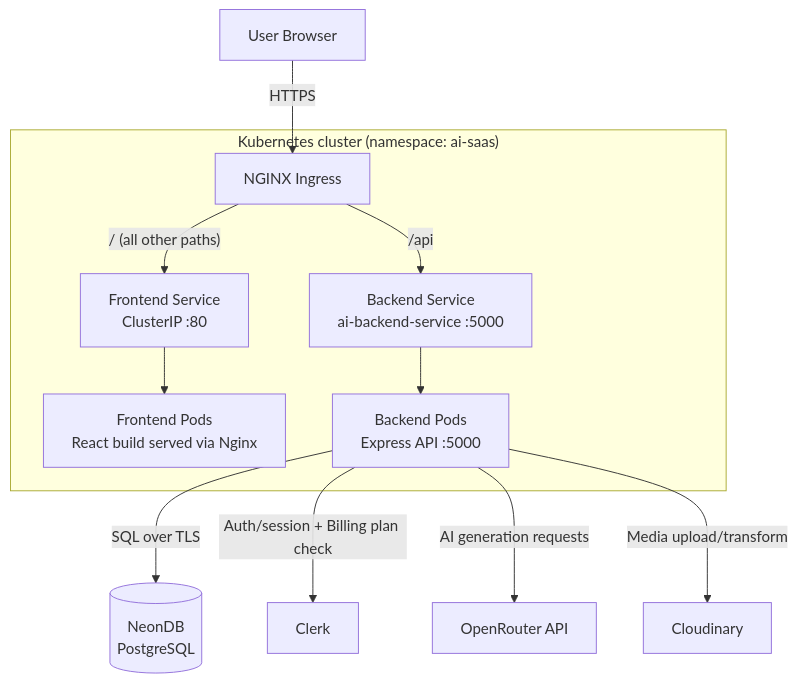
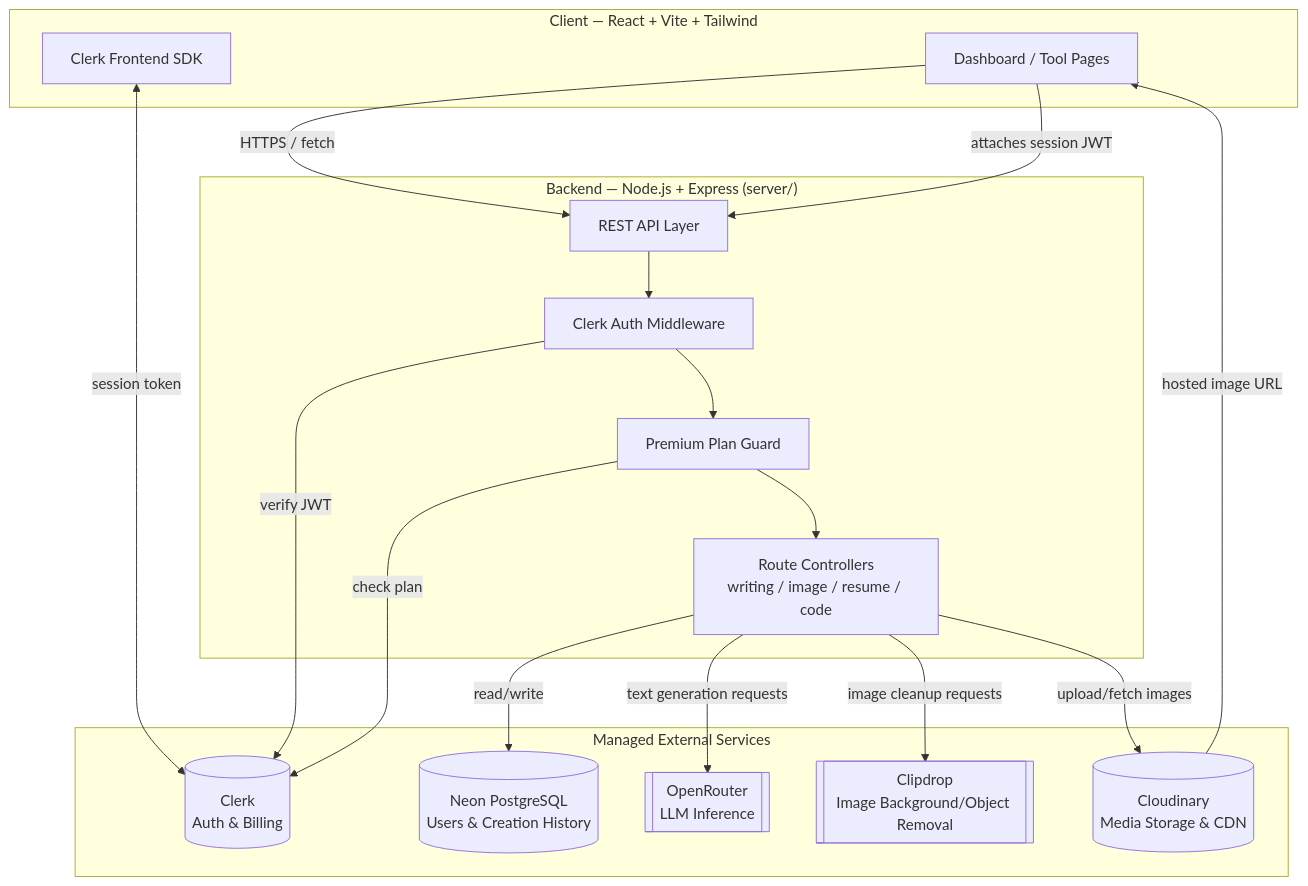
The diagram in README.md (tanmayanand840/ai-saas-platform), drawn with Mermaid before and after one commit. The commit also changed other lines of this file, not shown here.

````diff
--- a/README.md
+++ b/README.md
@@ -74,22 +78,37 @@
 ```mermaid
-flowchart TD
-    U[User Browser] -->|HTTPS| ING[NGINX Ingress]
-    ING -->|"/ (all other paths)"| FS[Frontend Service<br/>ClusterIP :80]
-    ING -->|"/api"| BS[Backend Service<br/>ai-backend-service :5000]
+flowchart TB
+    subgraph Client["Client — React + Vite + Tailwind"]
+        UI[Dashboard / Tool Pages]
+        ClerkFE[Clerk Frontend SDK]
+    end
 
-    FS --> FP[Frontend Pods<br/>React build served via Nginx]
-    BS --> BP[Backend Pods<br/>Express API :5000]
+    subgraph Server["Backend — Node.js + Express (server/)"]
+        API[REST API Layer]
+        AuthMW[Clerk Auth Middleware]
+        PremiumMW[Premium Plan Guard]
+        Ctrl[Route Controllers<br/>writing / image / resume / code]
+    end
 
-    BP -->|SQL over TLS| DB[(NeonDB<br/>PostgreSQL)]
-    BP -->|Auth/session + Billing plan check| CLERK[Clerk]
-    BP -->|AI generation requests| OR[OpenRouter API]
-    BP -->|Media upload/transform| CLOUD[Cloudinary]
+    subgraph External["Managed External Services"]
+        ClerkBE[(Clerk<br/>Auth & Billing)]
+        Neon[(Neon PostgreSQL<br/>Users & Creation History)]
+        OpenRouter[[OpenRouter<br/>LLM Inference]]
+        Clipdrop[[Clipdrop<br/>Image Background/Object Removal]]
+        Cloudinary[(Cloudinary<br/>Media Storage & CDN)]
+    end
 
-    subgraph K8s["Kubernetes cluster (namespace: ai-saas)"]
-        ING
-        FS
-        BS
-        FP
-        BP
-    end
+    UI -->|HTTPS / fetch| API
+    ClerkFE <-->|session token| ClerkBE
+    UI -->|attaches session JWT| API
+
+    API --> AuthMW --> PremiumMW --> Ctrl
+    AuthMW -->|verify JWT| ClerkBE
+    PremiumMW -->|check plan| ClerkBE
+
+    Ctrl -->|read/write| Neon
+    Ctrl -->|text generation requests| OpenRouter
+    Ctrl -->|image cleanup requests| Clipdrop
+    Ctrl -->|upload/fetch images| Cloudinary
+
+    Cloudinary -->|hosted image URL| UI
 ```
````
